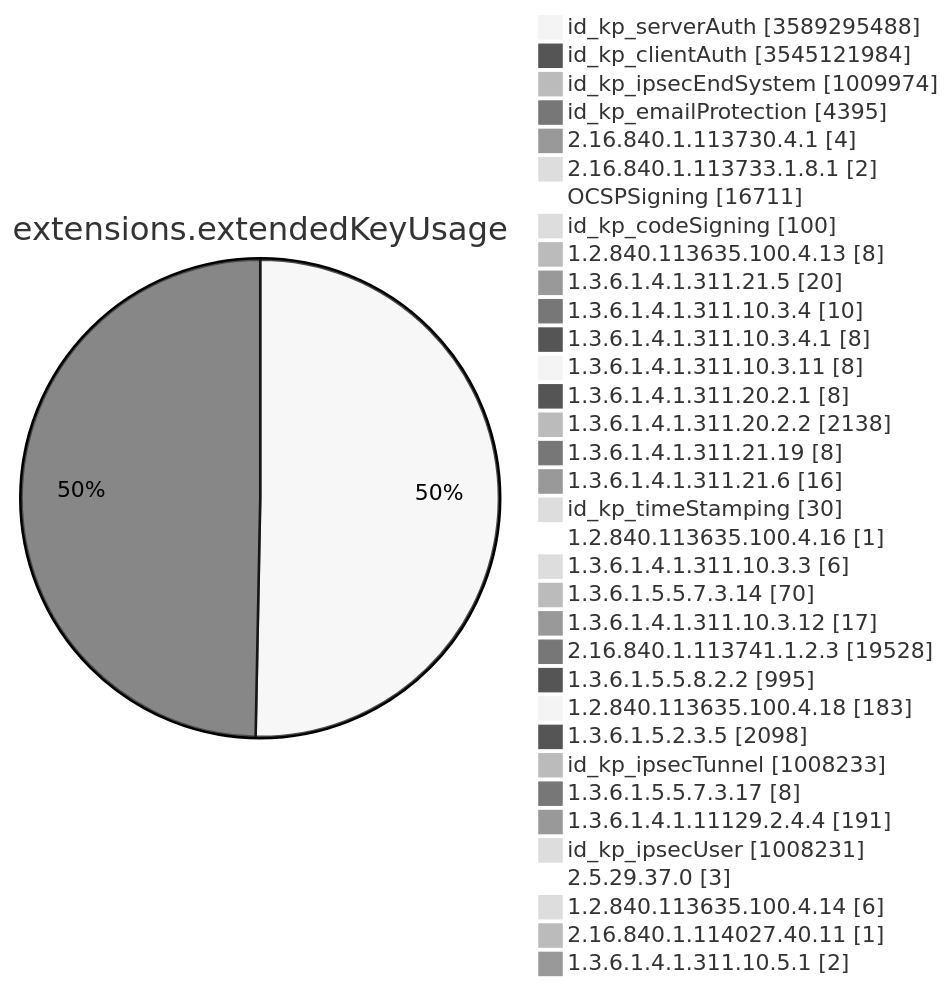
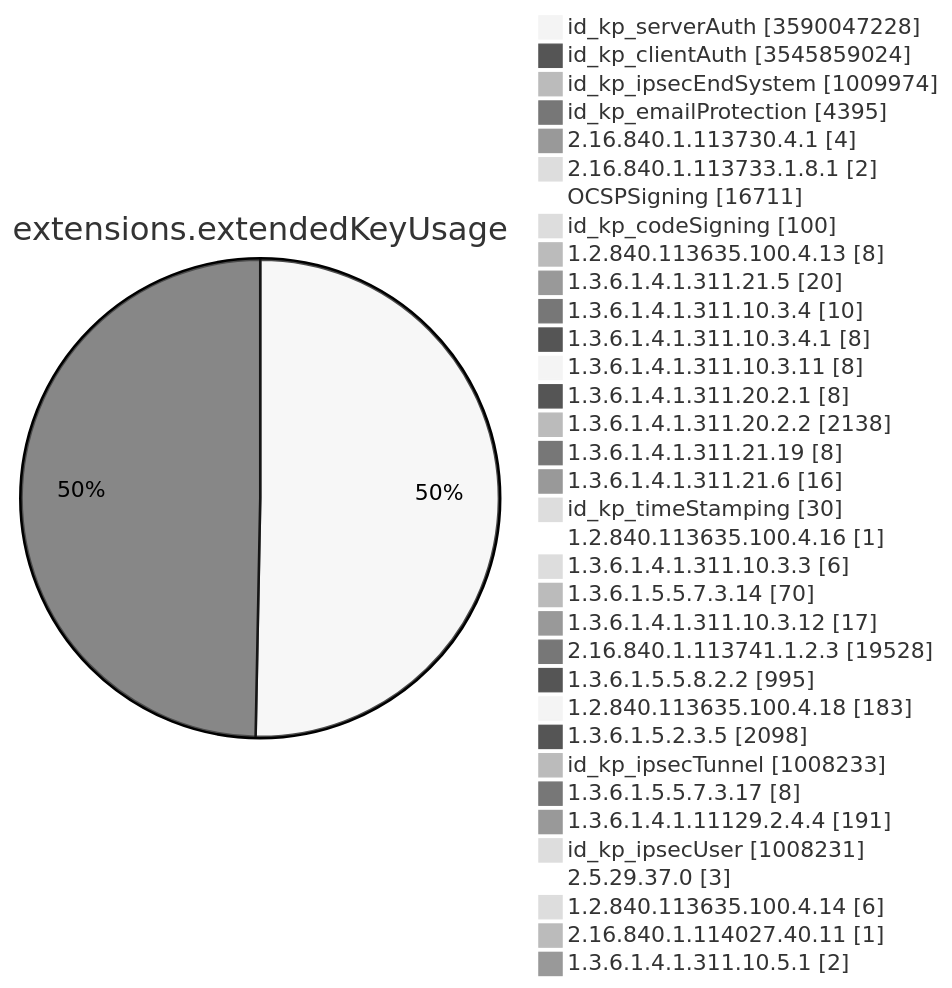
One commit to christiankrug/ctmonitor_visualization changed diagram 11 of 15 in TOTAL/README.md. Above: the diagram before and after it, drawn with Mermaid (neutral theme). The commit also changed other lines of this file, not shown here.

````diff
--- a/TOTAL/README.md
+++ b/TOTAL/README.md
@@ -4128,38 +4128,38 @@
 ```mermaid
 pie showData
 title extensions.extendedKeyUsage
-"id_kp_serverAuth" :3589295488
-"id_kp_clientAuth" :3545121984
+"id_kp_serverAuth" :3590047228
+"id_kp_clientAuth" :3545859024
 "id_kp_ipsecEndSystem" :1009974
 "id_kp_emailProtection" :4395
 "2.16.840.1.113730.4.1" :4
 "2.16.840.1.113733.1.8.1" :2
 "OCSPSigning" :16711
 "id_kp_codeSigning" :100
 "1.2.840.113635.100.4.13" :8
 "1.3.6.1.4.1.311.21.5" :20
 "1.3.6.1.4.1.311.10.3.4" :10
 "1.3.6.1.4.1.311.10.3.4.1" :8
 "1.3.6.1.4.1.311.10.3.11" :8
 "1.3.6.1.4.1.311.20.2.1" :8
 "1.3.6.1.4.1.311.20.2.2" :2138
 "1.3.6.1.4.1.311.21.19" :8
 "1.3.6.1.4.1.311.21.6" :16
 "id_kp_timeStamping" :30
 "1.2.840.113635.100.4.16" :1
 "1.3.6.1.4.1.311.10.3.3" :6
 "1.3.6.1.5.5.7.3.14" :70
 "1.3.6.1.4.1.311.10.3.12" :17
 "2.16.840.1.113741.1.2.3" :19528
 "1.3.6.1.5.5.8.2.2" :995
 "1.2.840.113635.100.4.18" :183
 "1.3.6.1.5.2.3.5" :2098
 "id_kp_ipsecTunnel" :1008233
 "1.3.6.1.5.5.7.3.17" :8
 "1.3.6.1.4.1.11129.2.4.4" :191
 "id_kp_ipsecUser" :1008231
 "2.5.29.37.0" :3
 "1.2.840.113635.100.4.14" :6
 "2.16.840.1.114027.40.11" :1
 "1.3.6.1.4.1.311.10.5.1" :2
 ```
````
